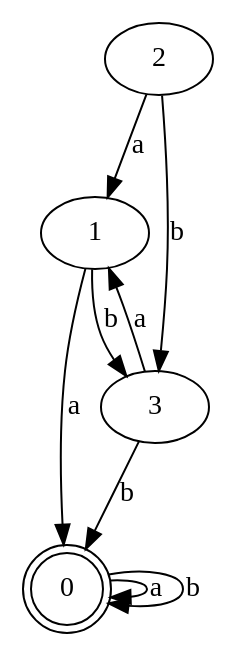
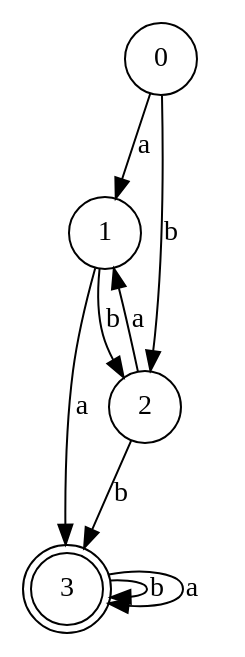
Before and after one commit to xtf0214/compiler_principle: the diagram in output/min_dfa.gv, drawn with Graphviz. The commit also changed 83 other files, not shown here.

```diff
--- a/output/min_dfa.gv
+++ b/output/min_dfa.gv
@@ -1,15 +1,18 @@
 digraph min_dfa {
-	0 [label=0]
-	1 [label=1]
-	2 [label=2]
-	3 [label=3]
-	0 [label=0 shape=doublecircle]
+	3 [label=3 shape=circle]
+	3 [label=3 shape=circle]
+	3 [label=3 shape=circle]
+	3 [label=3 shape=circle]
+	1 [label=1 shape=circle]
+	0 [label=0 shape=circle]
+	2 [label=2 shape=circle]
+	3 [label=3 shape=doublecircle]
+	0 -> 1 [label=a]
+	1 -> 3 [label=a]
+	0 -> 2 [label=b]
+	3 -> 3 [label=b]
+	1 -> 2 [label=b]
 	2 -> 1 [label=a]
-	3 -> 0 [label=b]
-	3 -> 1 [label=a]
-	1 -> 0 [label=a]
-	0 -> 0 [label=a]
 	2 -> 3 [label=b]
-	0 -> 0 [label=b]
-	1 -> 3 [label=b]
+	3 -> 3 [label=a]
 }
```
